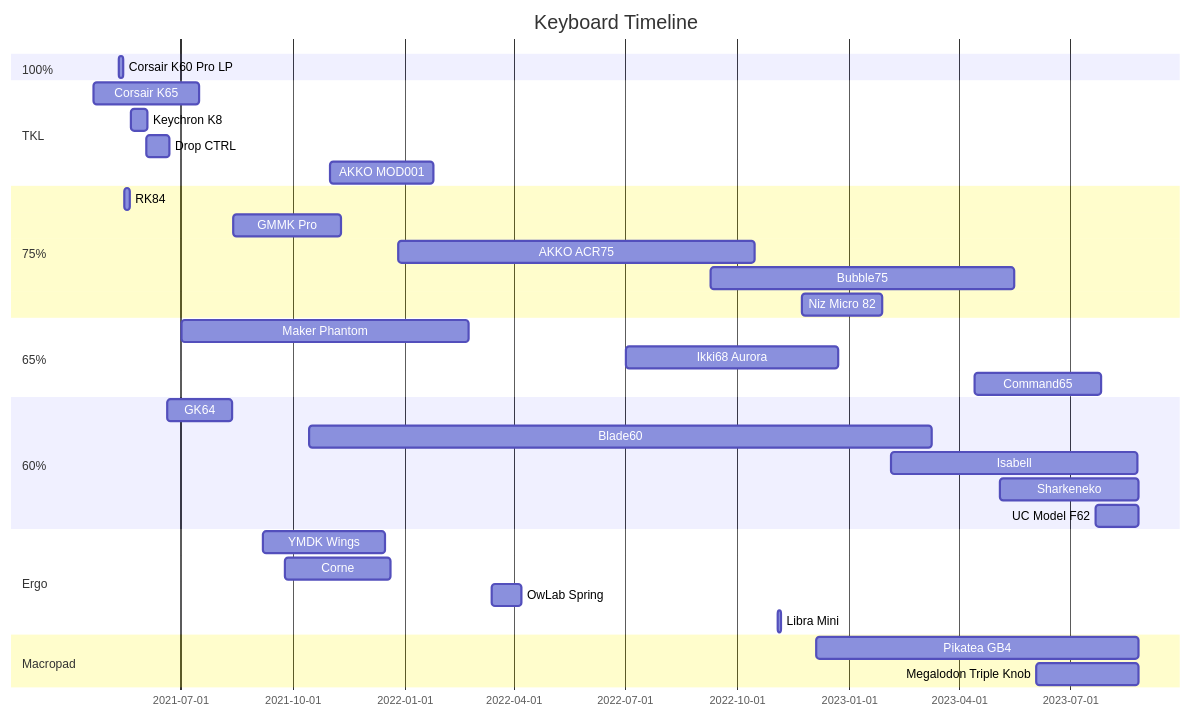
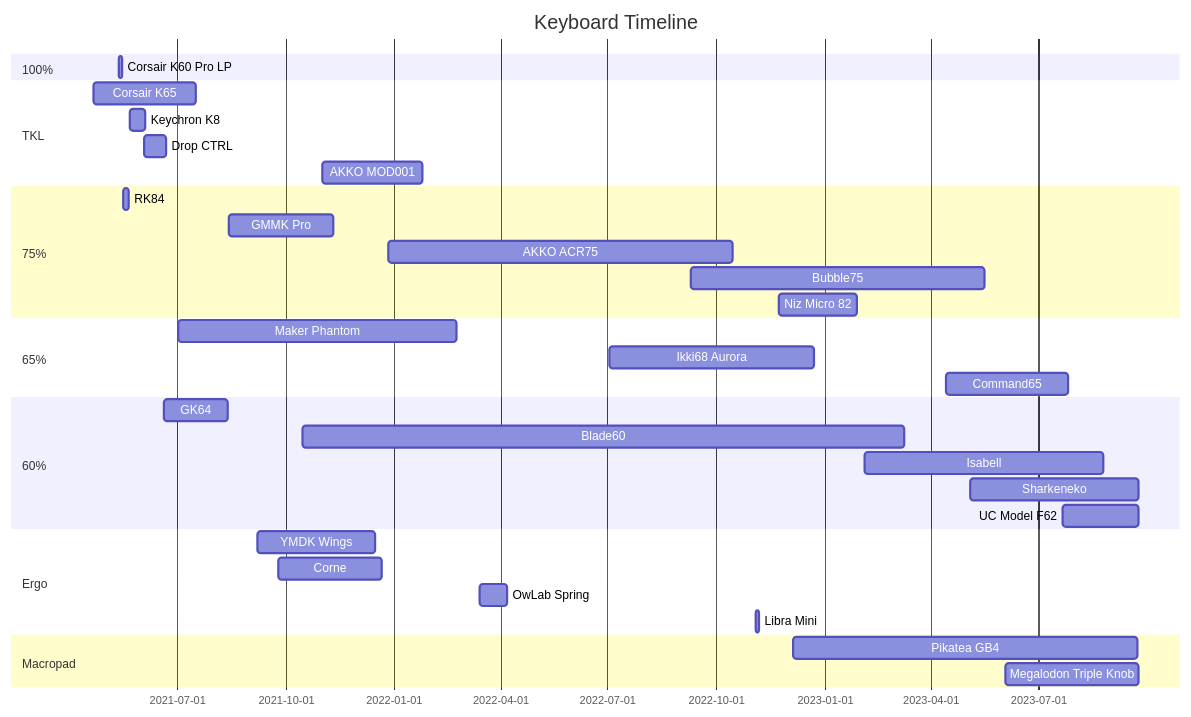
One commit to d-floe/quartzv4 changed the diagram in content/keyboard-index.md. Above: the diagram before and after it, drawn with Mermaid.

Commit message:
vault backup: 2023-09-24 16:09:09

````diff
--- a/content/keyboard-index.md
+++ b/content/keyboard-index.md
@@ -6,45 +6,45 @@
 ```mermaid
 gantt
         title Keyboard Timeline
         dateFormat  MMMM Do YYYY
         todayMarker off
 
         section 100%
         Corsair K60 Pro LP:a2, May 12th 2021,May 15th 2021
 
         section TKL
         Corsair K65:a1, April 21st 2021,July 17th 2021
         Keychron K8:a4, May 22nd 2021,June 4th 2021
         Drop CTRL:a5, June 3rd 2021,June 22nd 2021
         AKKO MOD001:a12, November 1st 2021,January 25th 2022
 
         section 75%
         RK84:a3, May 16th 2021,May 21st 2021
         GMMK Pro:a8, August 14th 2021,November 10th 2021
 
         AKKO ACR75:a13, December 27th 2021,October 15th 2022
         Bubble75:a16, September 9th 2022,May 16th 2023
         Niz Micro 82:a18, November 23rd 2022,January 28th 2023
 
         section 65%
         Maker Phantom:a7, July 2nd 2021,February 23rd 2022
         Ikki68 Aurora:a15, July 2nd 2022,December 23rd 2022
         Command65:a20, April 14 2023,July 26th 2023
 
         section 60%
         GK64:a6, June 20th 2021,August 13th 2021
         Blade60:a11, October 15th 2021,March 9th 2023
         Isabell:a19, February 4th 2023,August 25th 2023
-        Sharkeneko:a21, May 4th 2023,August 26th 2023
-        UC Model F62:a22, July 22nd 2023,August 26th 2023
+        Sharkeneko:a21, May 4th 2023,September 24th 2023
+        UC Model F62:a22, July 22nd 2023,September 24th 2023
 
 		section Ergo
         YMDK Wings:a9, September 7th 2021,December 16th 2021
 		Corne:a10, September 25th 2021,December 21st 2021
 		OwLab Spring:a14, March 14th 2022,April 7th 2022
 		Libra Mini:a17, November 3rd 2022,November 6th 2022
 
 		section Macropad
-		Pikatea GB4:apk, December 5th 2022,August 26th 2023
-		Megalodon Triple Knob:atk, June 3rd 2023,August 26th 2023
+		Pikatea GB4:apk, December 5th 2022,September 23rd 2023
+		Megalodon Triple Knob:atk, June 3rd 2023,September 24th 2023
 ```
````
